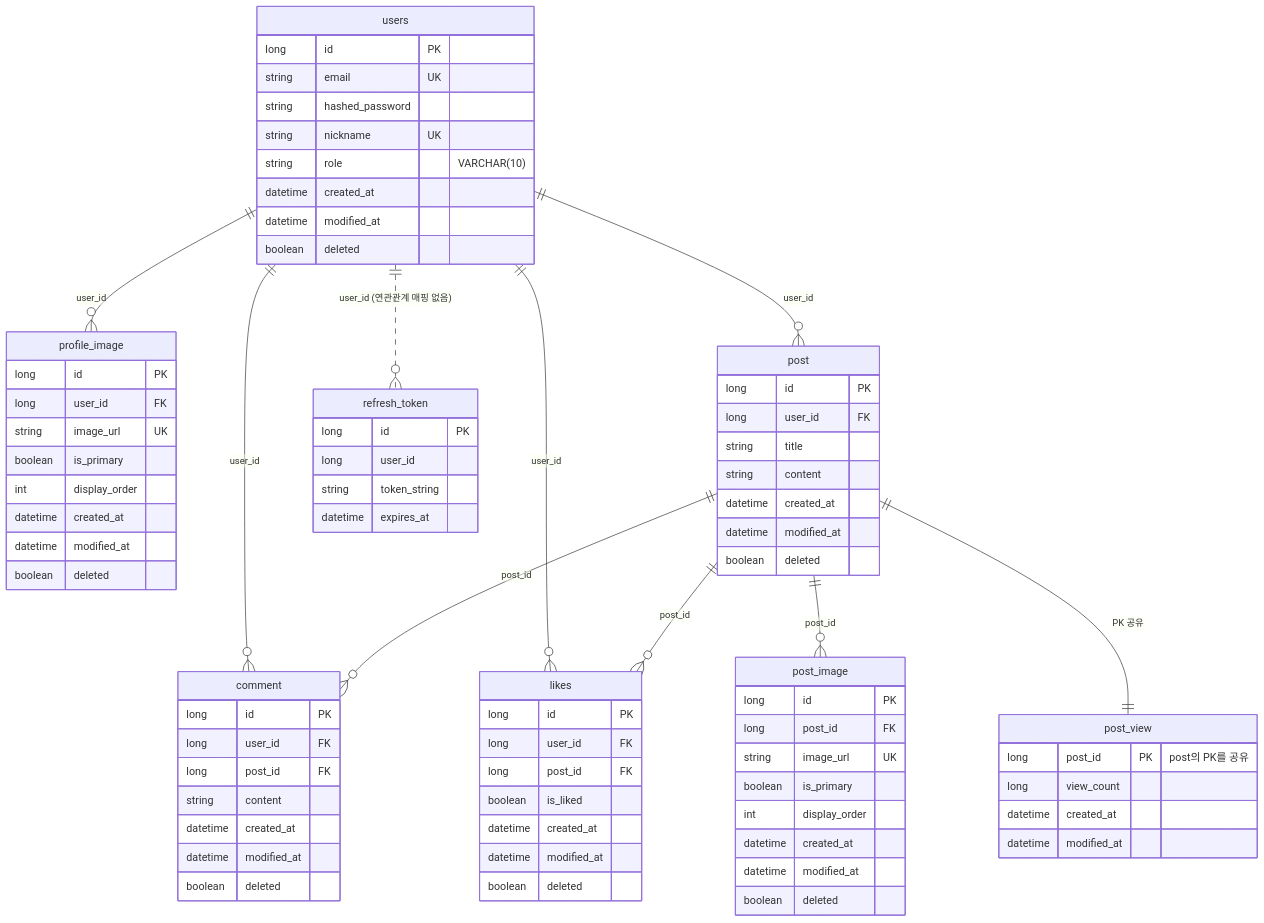
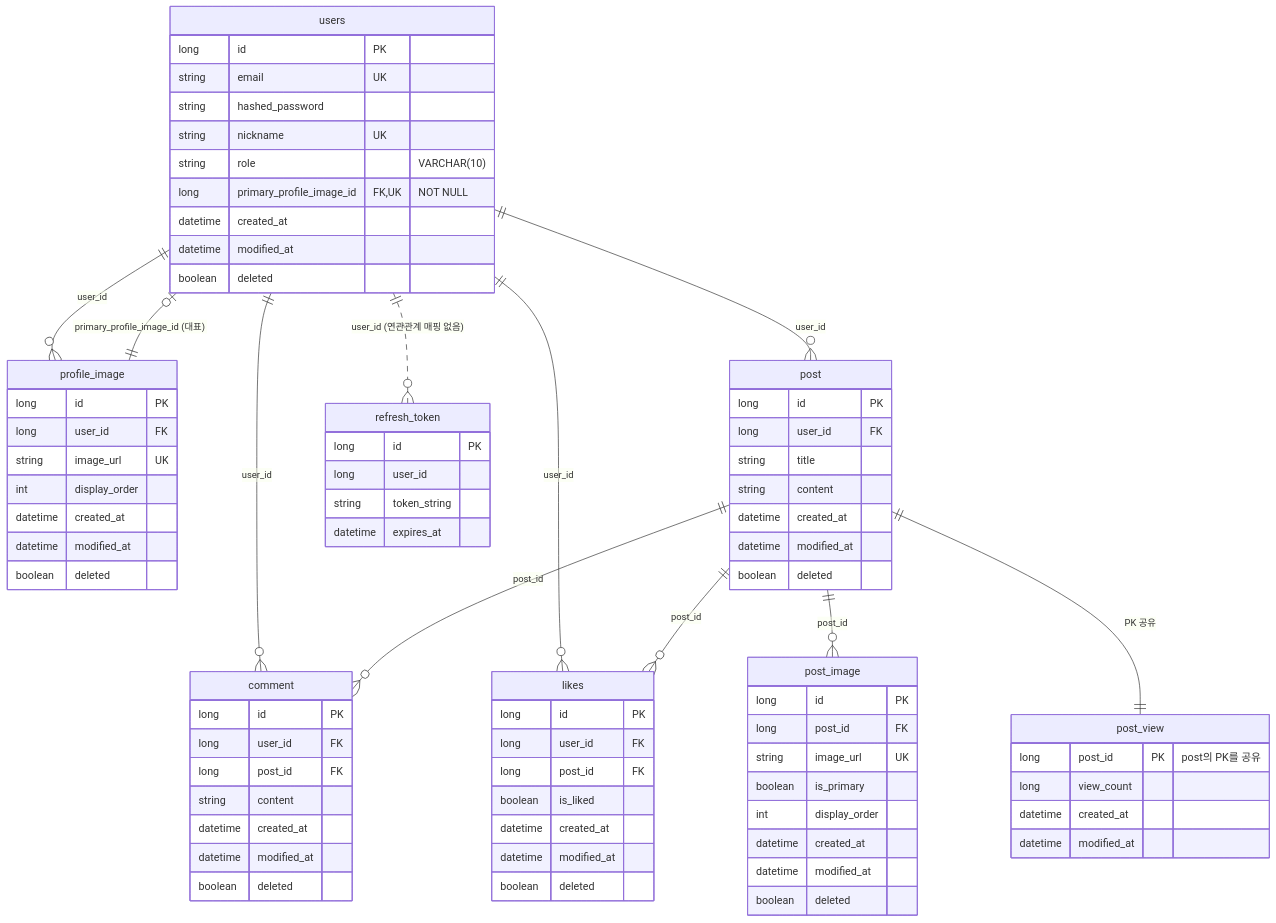
Before and after one commit to dragonwaterr/KTB_robin_Full_Community: the diagram in docs/erd.md, drawn with Mermaid. The commit also changed other lines of this file and 2 other files, not shown here.

````diff
--- a/docs/erd.md
+++ b/docs/erd.md
@@ -30,6 +30,7 @@
 ```mermaid
 erDiagram
     users ||--o{ profile_image : "user_id"
+    users |o--|| profile_image : "primary_profile_image_id (대표)"
     users ||--o{ post : "user_id"
     users ||--o{ comment : "user_id"
     users ||--o{ likes : "user_id"
@@ -45,6 +46,7 @@
         string hashed_password
         string nickname UK
         string role "VARCHAR(10)"
+        long primary_profile_image_id FK,UK "NOT NULL"
         datetime created_at
         datetime modified_at
         boolean deleted
@@ -53,7 +55,6 @@
         long id PK
         long user_id FK
         string image_url UK
-        boolean is_primary
         int display_order
         datetime created_at
         datetime modified_at
````
